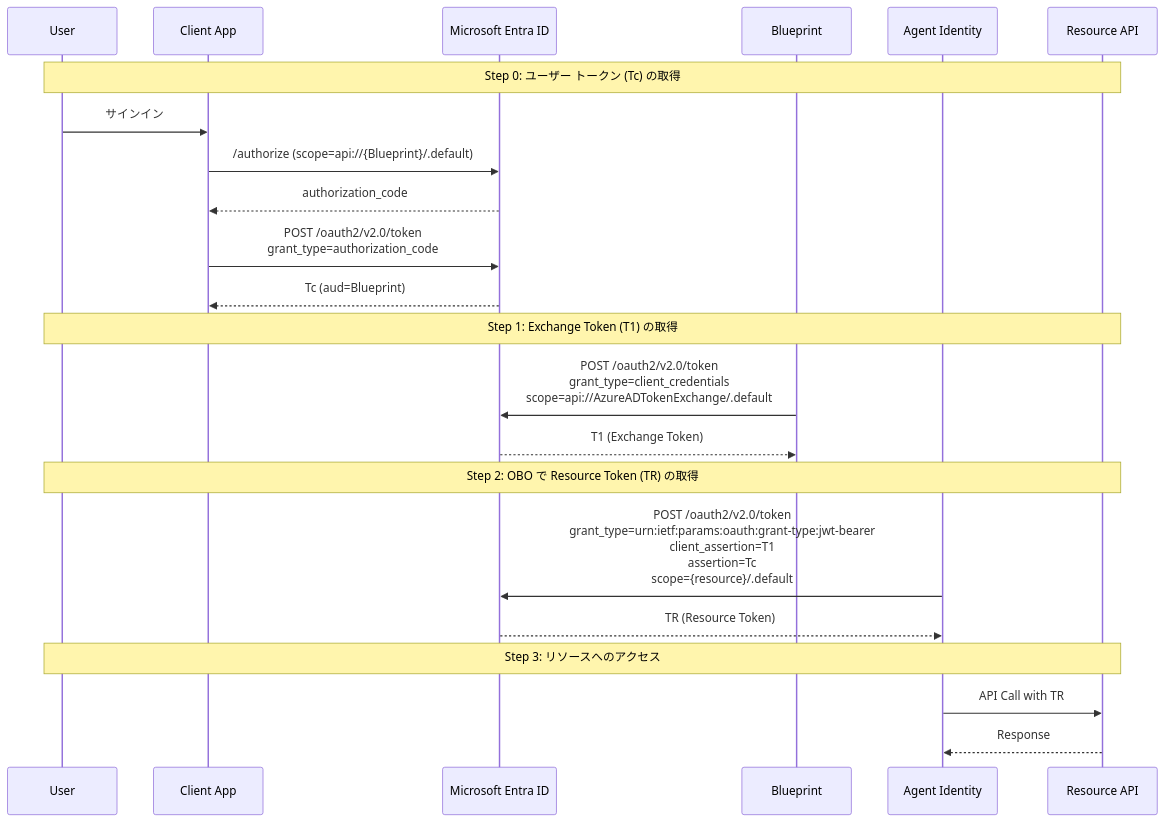
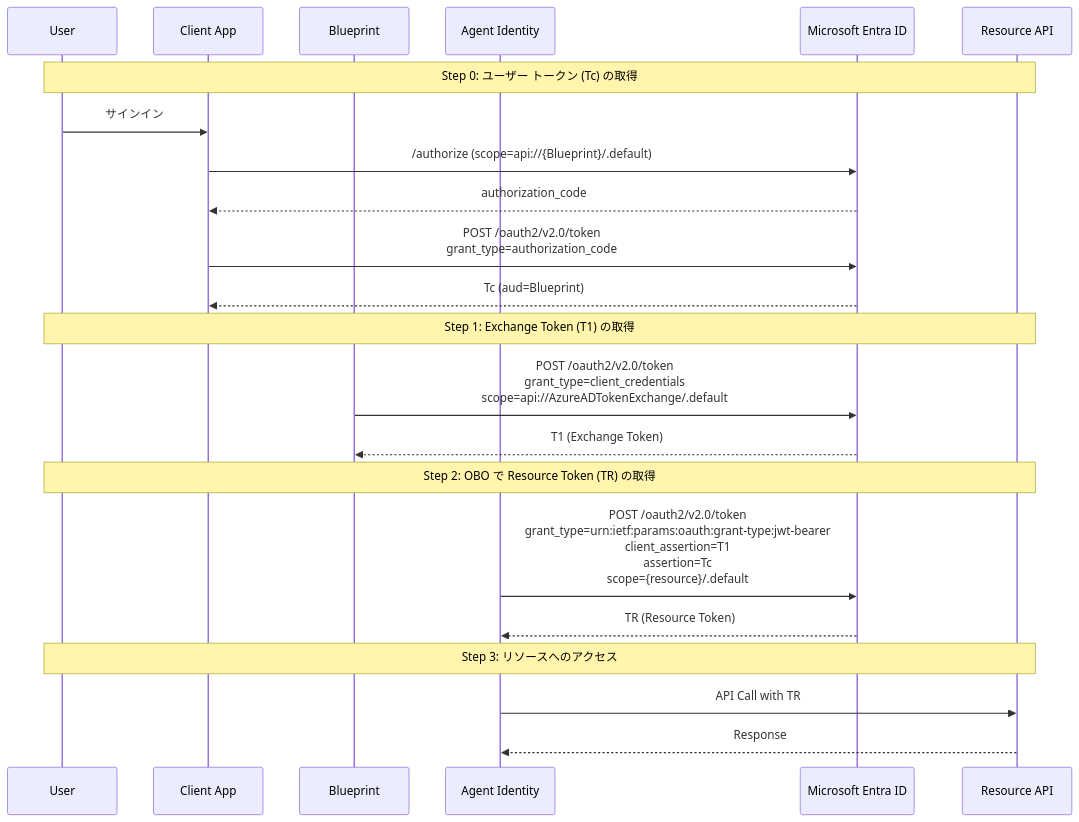
One commit to shmiki-microsoft/REST-Client-for-Visual-Studio-Code---Example-requests-for-Azure-REST-API-and-Microsoft-Graph-API changed the second of 3 diagrams in MicrosoftAgentID/README.md. Above: the diagram before and after it, drawn with Mermaid. The commit also changed other lines of this file and 5 other files, not shown here.

First line of the commit message:
Update Microsoft Entra Agent ID setup and flow documentation

````diff
--- a/MicrosoftAgentID/README.md
+++ b/MicrosoftAgentID/README.md
@@ -195,28 +190,28 @@
 ```mermaid
 sequenceDiagram
     participant U as User
     participant C as Client App
-    participant Entra as Microsoft Entra ID
     participant B as Blueprint
     participant AI as Agent Identity
+    participant Entra as Microsoft Entra ID
     participant R as Resource API
 
     Note over U,R: Step 0: ユーザー トークン (Tc) の取得
     U->>C: サインイン
     C->>Entra: /authorize (scope=api://{Blueprint}/.default)
     Entra-->>C: authorization_code
     C->>Entra: POST /oauth2/v2.0/token<br/>grant_type=authorization_code
     Entra-->>C: Tc (aud=Blueprint)
 
     Note over U,R: Step 1: Exchange Token (T1) の取得
     B->>Entra: POST /oauth2/v2.0/token<br/>grant_type=client_credentials<br/>scope=api://AzureADTokenExchange/.default
     Entra-->>B: T1 (Exchange Token)
 
     Note over U,R: Step 2: OBO で Resource Token (TR) の取得
     AI->>Entra: POST /oauth2/v2.0/token<br/>grant_type=urn:ietf:params:oauth:grant-type:jwt-bearer<br/>client_assertion=T1<br/>assertion=Tc<br/>scope={resource}/.default
     Entra-->>AI: TR (Resource Token)
 
     Note over U,R: Step 3: リソースへのアクセス
     AI->>R: API Call with TR
     R-->>AI: Response
 ```
````
